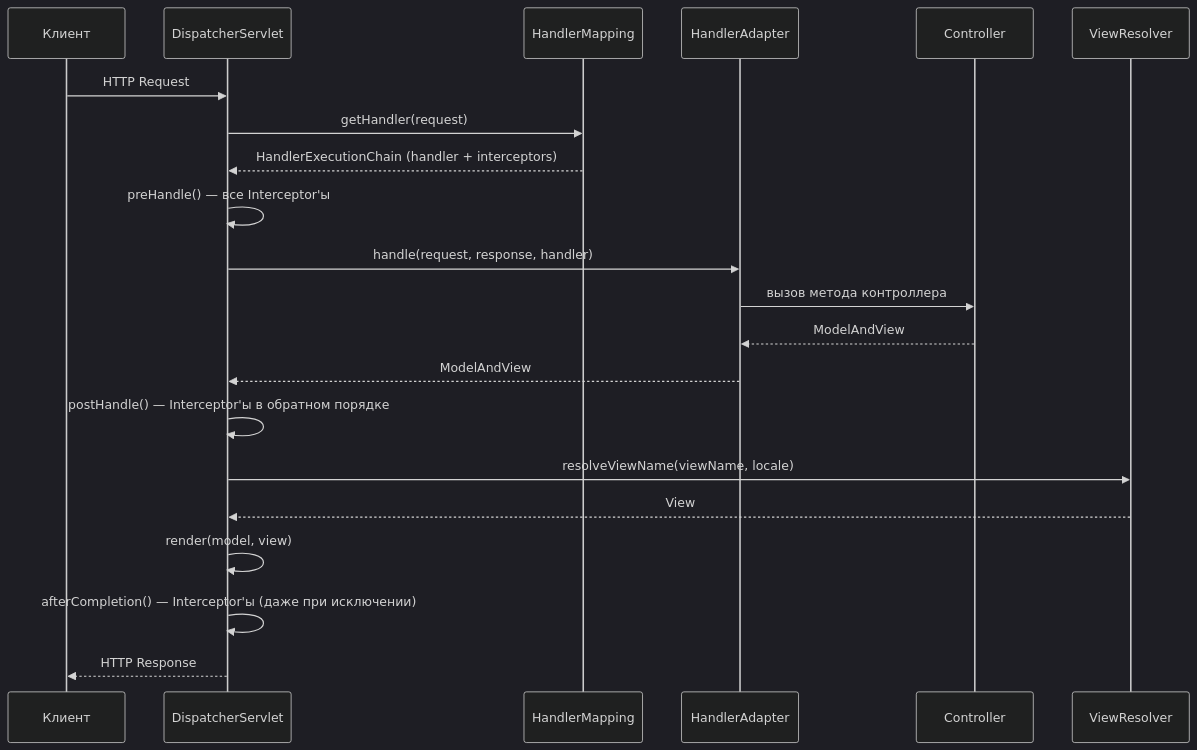
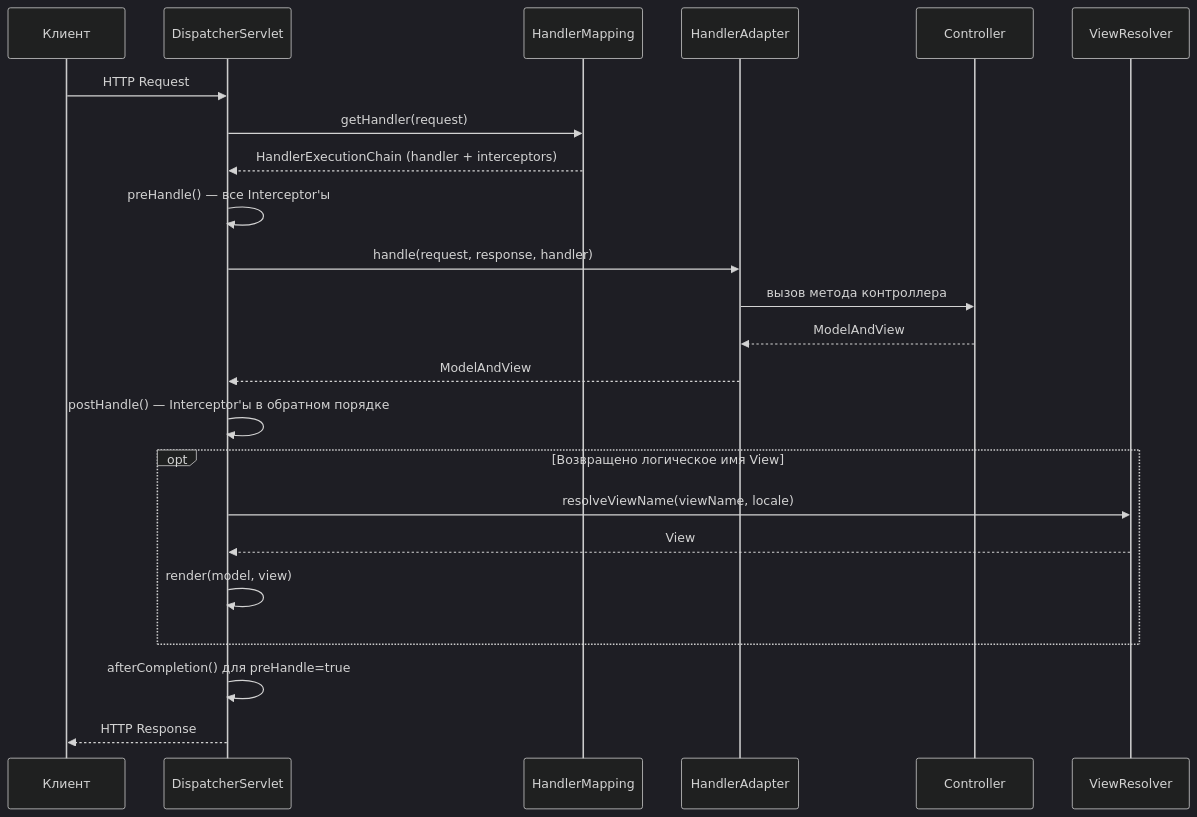
The tenth of 10 diagrams in cheatsheets/interview/frameworks/spring/spring-mvc-interview.md (akeverus/cheat-sheet), drawn with Mermaid (dark theme) before and after one commit. The commit also changed other lines of this file and 154 other files, not shown here.

````diff
--- a/cheatsheets/interview/frameworks/spring/spring-mvc-interview.md
+++ b/cheatsheets/interview/frameworks/spring/spring-mvc-interview.md
@@ -969,24 +974,26 @@
 ```mermaid
 sequenceDiagram
     participant C as Клиент
     participant DS as DispatcherServlet
     participant HM as HandlerMapping
     participant HA as HandlerAdapter
     participant Ctrl as Controller
     participant VR as ViewResolver
 
     C->>DS: HTTP Request
     DS->>HM: getHandler(request)
     HM-->>DS: HandlerExecutionChain (handler + interceptors)
     DS->>DS: preHandle() — все Interceptor'ы
     DS->>HA: handle(request, response, handler)
     HA->>Ctrl: вызов метода контроллера
     Ctrl-->>HA: ModelAndView
     HA-->>DS: ModelAndView
     DS->>DS: postHandle() — Interceptor'ы в обратном порядке
-    DS->>VR: resolveViewName(viewName, locale)
-    VR-->>DS: View
-    DS->>DS: render(model, view)
-    DS->>DS: afterCompletion() — Interceptor'ы (даже при исключении)
+    opt Возвращено логическое имя View
+        DS->>VR: resolveViewName(viewName, locale)
+        VR-->>DS: View
+        DS->>DS: render(model, view)
+    end
+    DS->>DS: afterCompletion() для preHandle=true
     DS-->>C: HTTP Response
 ```
````
